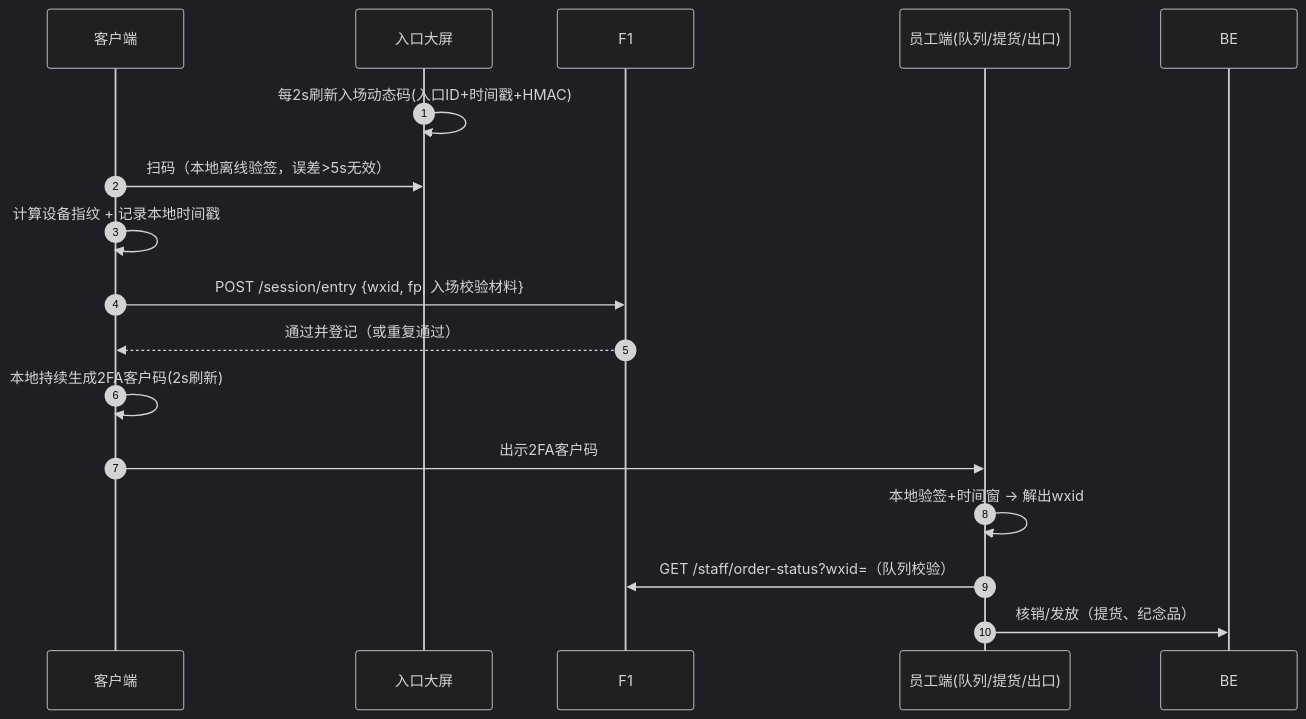
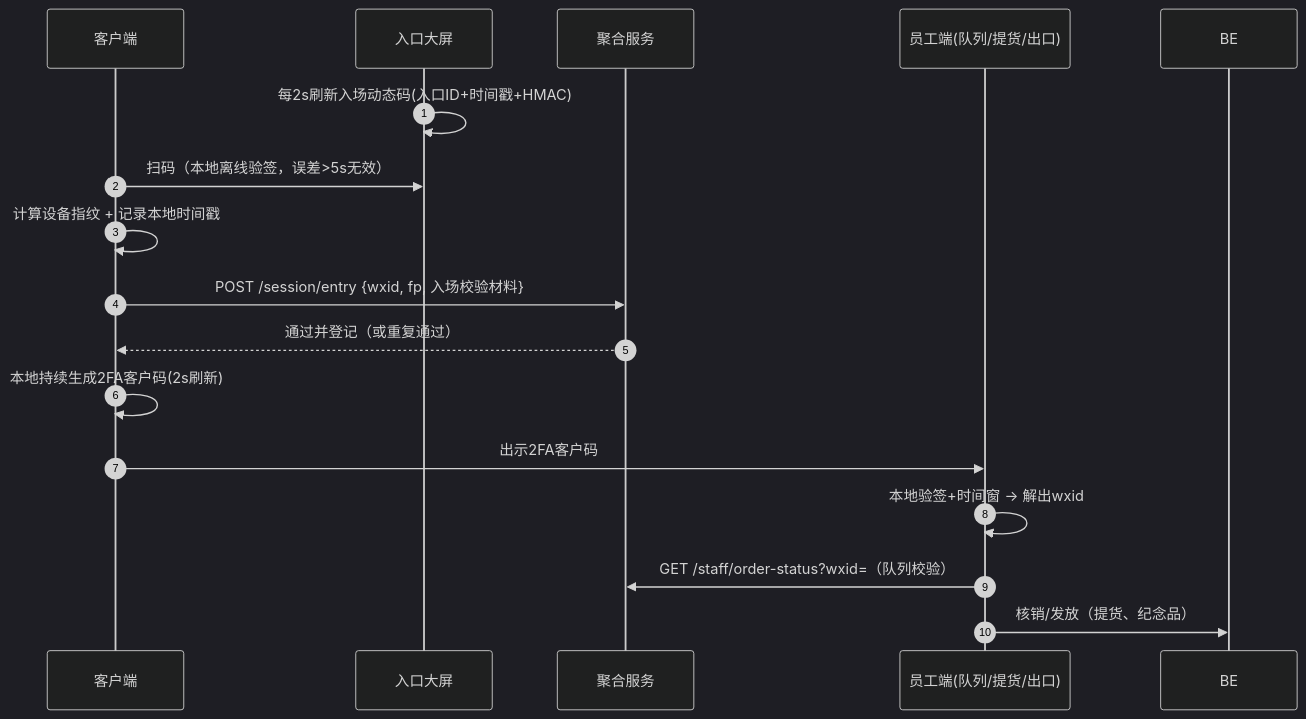
Before and after one commit to Xusysysy/ShanHaiPlan: the fourth of 5 diagrams in docs/02-系统架构设计.md, drawn with Mermaid (dark theme). The commit also changed other lines of this file and 17 other files, not shown here.

Commit message:
docs(v1.2): 迁移云上公网部署+CDN分流；F1+F2合并为前端聚合单机（库存同进程直读SSOT零漂移）；SIM已办理；同步架构图/拓扑/甘特、BOM预算(2×ECS)、排期与风险登记册，重出Word/Excel三件套

````diff
--- a/docs/02-系统架构设计.md
+++ b/docs/02-系统架构设计.md
@@ -142,19 +148,19 @@
 ```mermaid
 sequenceDiagram
     autonumber
     participant C as 客户端
     participant SCR as 入口大屏
-    participant F1 as F1
+    participant E as 聚合服务
     participant S as 员工端(队列/提货/出口)
 
     SCR->>SCR: 每2s刷新入场动态码(入口ID+时间戳+HMAC)
     C->>SCR: 扫码（本地离线验签，误差>5s无效）
     C->>C: 计算设备指纹 + 记录本地时间戳
-    C->>F1: POST /session/entry {wxid, fp, 入场校验材料}
-    F1-->>C: 通过并登记（或重复通过）
+    C->>E: POST /session/entry {wxid, fp, 入场校验材料}
+    E-->>C: 通过并登记（或重复通过）
     C->>C: 本地持续生成2FA客户码(2s刷新)
     C->>S: 出示2FA客户码
     S->>S: 本地验签+时间窗 → 解出wxid
-    S->>F1: GET /staff/order-status?wxid=（队列校验）
+    S->>E: GET /staff/order-status?wxid=（队列校验）
     S->>BE: 核销/发放（提货、纪念品）
 ```
````
